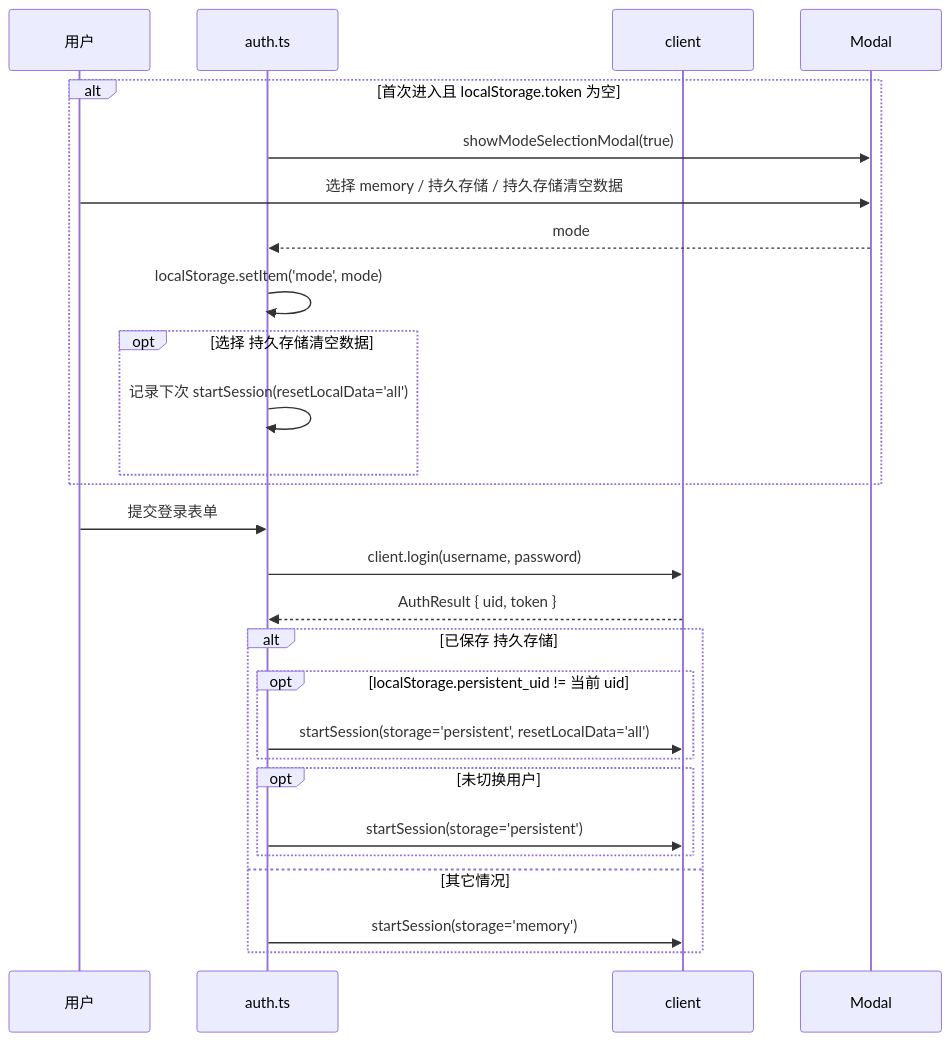
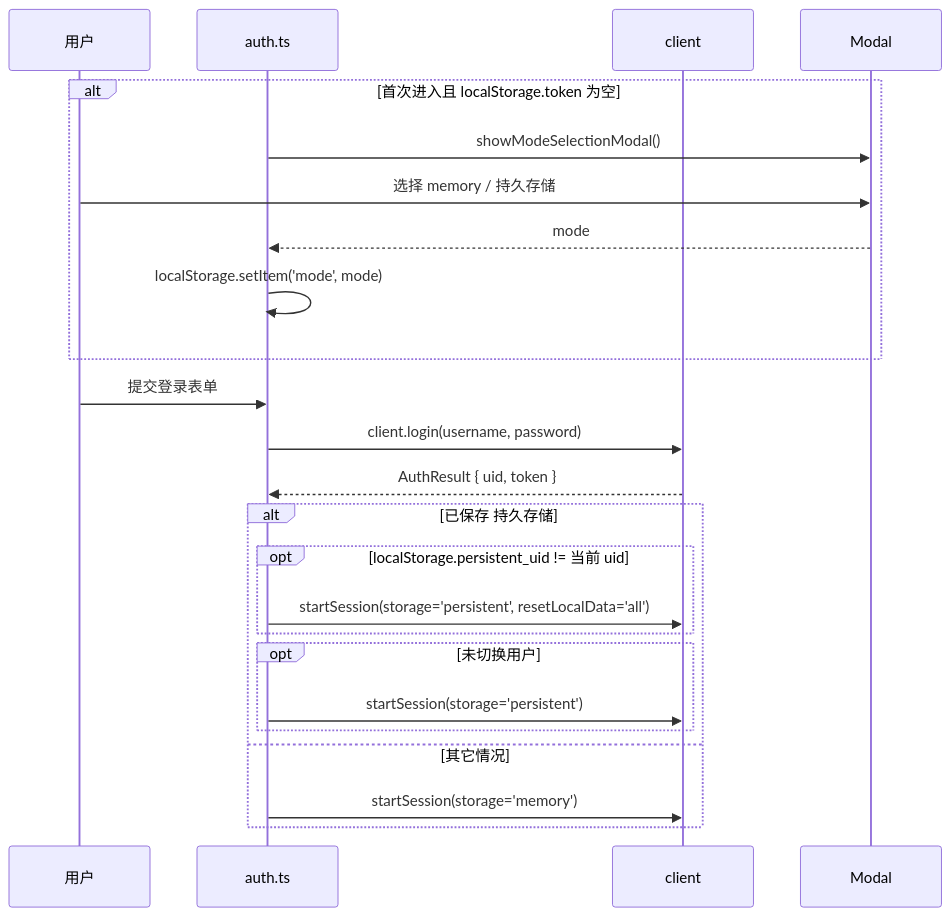
One commit to dacez/yimsg changed the third of 3 diagrams in docs/frontend/UI设计方案.md. Above: the diagram before and after it, drawn with Mermaid. The commit also changed other lines of this file and 10 other files, not shown here.

````diff
--- a/docs/frontend/UI设计方案.md
+++ b/docs/frontend/UI设计方案.md
@@ -299,32 +299,29 @@
 ```mermaid
 sequenceDiagram
     participant U as 用户
     participant Auth as auth.ts
     participant SDK as client
     participant Modal as Modal
 
     alt 首次进入且 localStorage.token 为空
-        Auth->>Modal: showModeSelectionModal(true)
-        U->>Modal: 选择 memory / 持久存储 / 持久存储清空数据
+        Auth->>Modal: showModeSelectionModal()
+        U->>Modal: 选择 memory / 持久存储
         Modal-->>Auth: mode
         Auth->>Auth: localStorage.setItem('mode', mode)
-        opt 选择 持久存储清空数据
-          Auth->>Auth: 记录下次 startSession(resetLocalData='all')
-        end
     end
 
     U->>Auth: 提交登录表单
     Auth->>SDK: client.login(username, password)
     SDK-->>Auth: AuthResult { uid, token }
 
     alt 已保存 持久存储
         opt localStorage.persistent_uid != 当前 uid
         Auth->>SDK: startSession(storage='persistent', resetLocalData='all')
       end
       opt 未切换用户
         Auth->>SDK: startSession(storage='persistent')
         end
     else 其它情况
       Auth->>SDK: startSession(storage='memory')
     end
 ```
````
